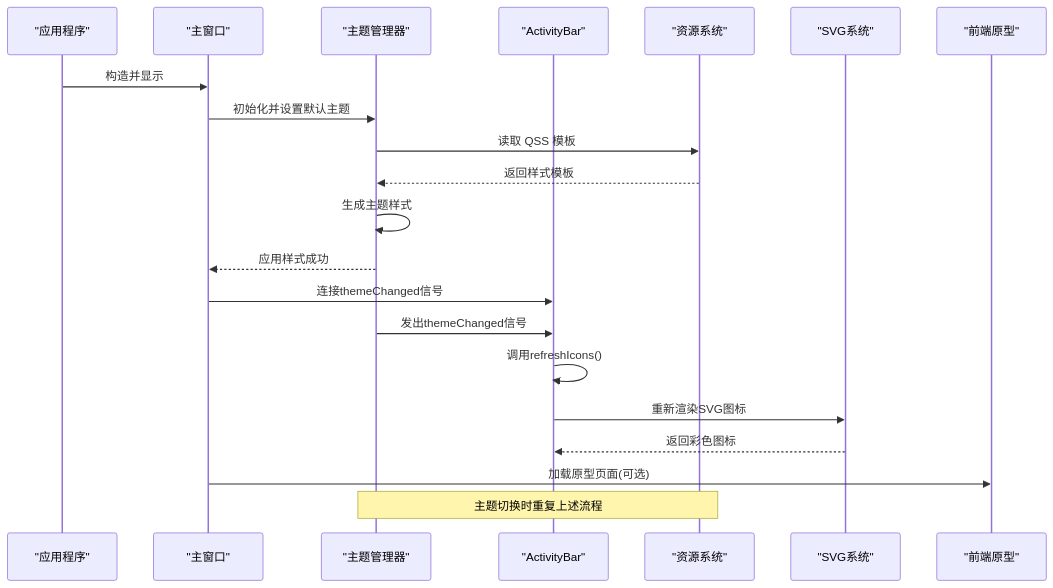
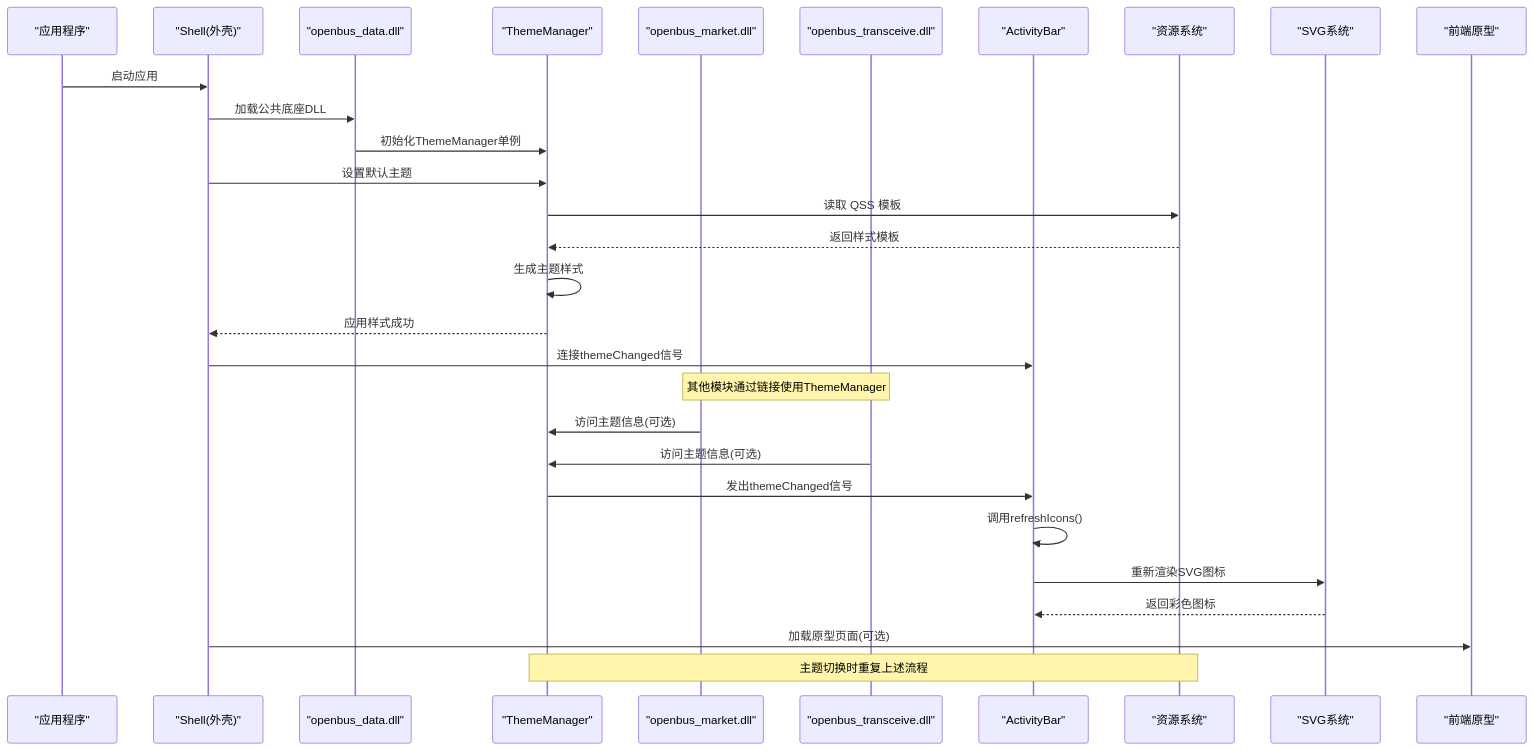
One commit to jakecai1225-design/OpenBus changed the second of 7 diagrams in .qoder/repowiki/zh/content/样式系统/主题管理系统.md. Above: the diagram before and after it, drawn with Mermaid. The commit also changed other lines of this file and 177 other files, not shown here.

````diff
--- a/.qoder/repowiki/zh/content/样式系统/主题管理系统.md
+++ b/.qoder/repowiki/zh/content/样式系统/主题管理系统.md
@@ -148,23 +157,31 @@
 ```mermaid
 sequenceDiagram
 participant App as "应用程序"
-participant MW as "主窗口"
-participant TM as "主题管理器"
+participant Shell as "Shell(外壳)"
+participant DataDLL as "openbus_data.dll"
+participant TM as "ThemeManager"
+participant MarketDLL as "openbus_market.dll"
+participant TransceiveDLL as "openbus_transceive.dll"
 participant AB as "ActivityBar"
 participant RES as "资源系统"
 participant SVG as "SVG系统"
 participant UI as "前端原型"
-App->>MW : 构造并显示
-MW->>TM : 初始化并设置默认主题
+App->>Shell : 启动应用
+Shell->>DataDLL : 加载公共底座DLL
+DataDLL->>TM : 初始化ThemeManager单例
+Shell->>TM : 设置默认主题
 TM->>RES : 读取 QSS 模板
 RES-->>TM : 返回样式模板
 TM->>TM : 生成主题样式
-TM-->>MW : 应用样式成功
-MW->>AB : 连接themeChanged信号
+TM-->>Shell : 应用样式成功
+Shell->>AB : 连接themeChanged信号
+Note over MarketDLL,TransceiveDLL : 其他模块通过链接使用ThemeManager
+MarketDLL->>TM : 访问主题信息(可选)
+TransceiveDLL->>TM : 访问主题信息(可选)
 TM->>AB : 发出themeChanged信号
 AB->>AB : 调用refreshIcons()
 AB->>SVG : 重新渲染SVG图标
 SVG-->>AB : 返回彩色图标
-MW->>UI : 加载原型页面(可选)
+Shell->>UI : 加载原型页面(可选)
 Note over TM,RES : 主题切换时重复上述流程
 ```
````
